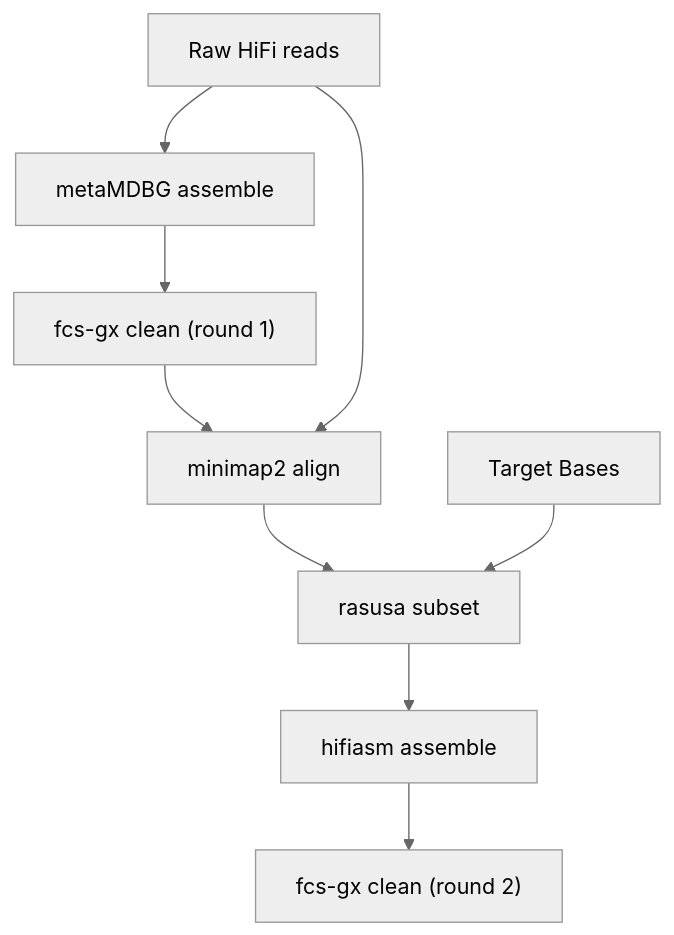
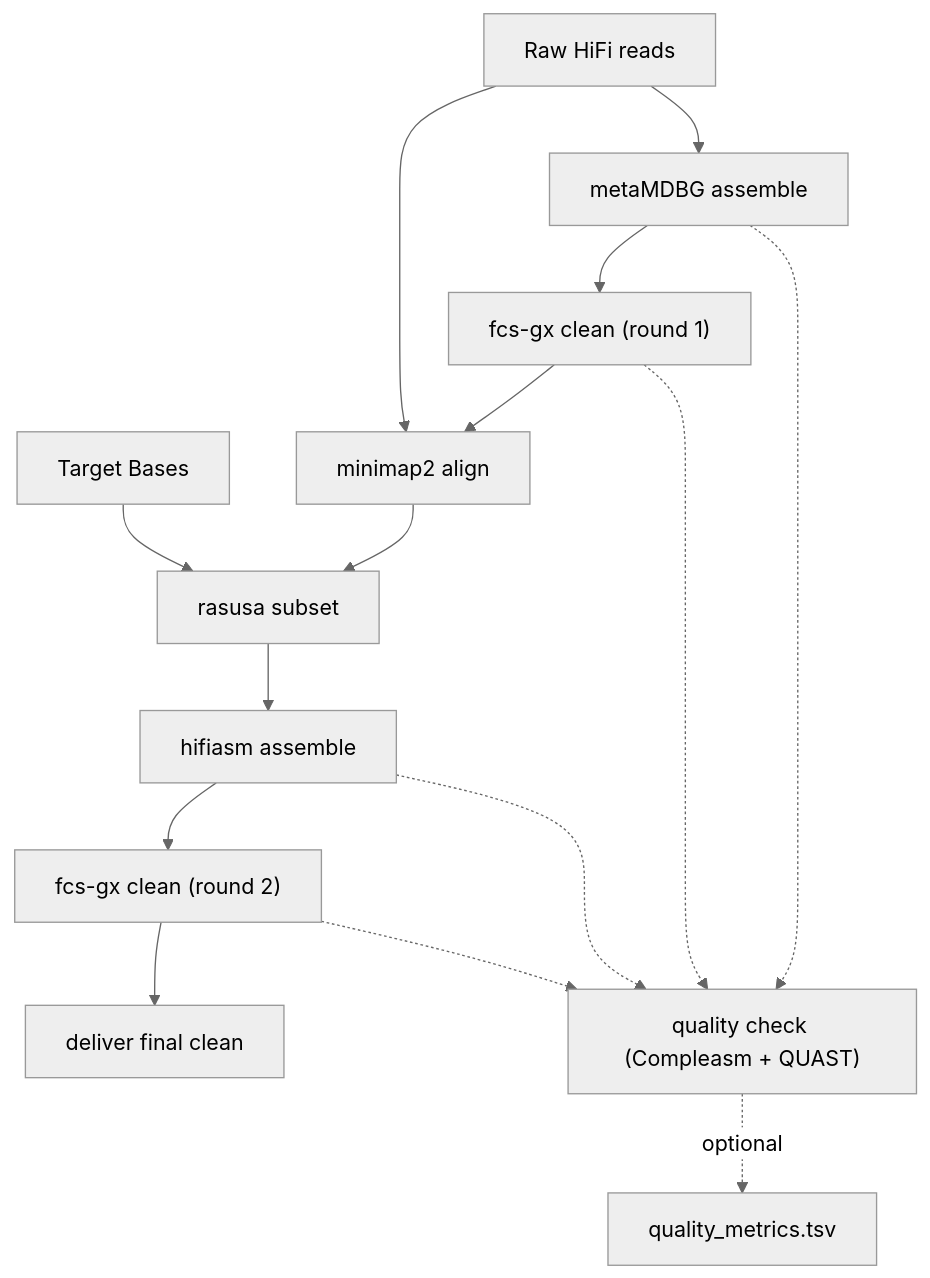
One commit to Yixuan39/targetasm changed the diagram in README.md. Above: the diagram before and after it, drawn with Mermaid (neutral theme). The commit also changed other lines of this file, not shown here.

````diff
--- a/README.md
+++ b/README.md
@@ -16,11 +18,18 @@
 ```mermaid
 graph TD
     RAW["Raw HiFi reads"] --> MDBG["metaMDBG assemble"]
     MDBG --> FCS1["fcs-gx clean (round 1)"]
     FCS1 --> MM["minimap2 align"]
     RAW --> MM
     MM --> RAS["rasusa subset"]
     TB["Target Bases"] --> RAS
     RAS --> HIFI["hifiasm assemble"]
     HIFI --> FCS2["fcs-gx clean (round 2)"]
+    FCS2 --> DELIVER["deliver final clean"]
+    %% Optional QC fan-in
+    MDBG -.-> QC["quality check (Compleasm + QUAST)"]
+    FCS1 -.-> QC
+    HIFI -.-> QC
+    FCS2 -.-> QC
+    QC -. optional .-> REPORT["quality_metrics.tsv"]
 ```
````
